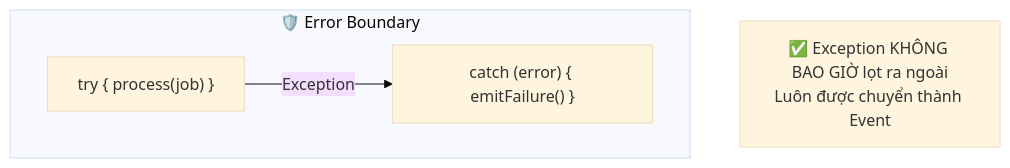
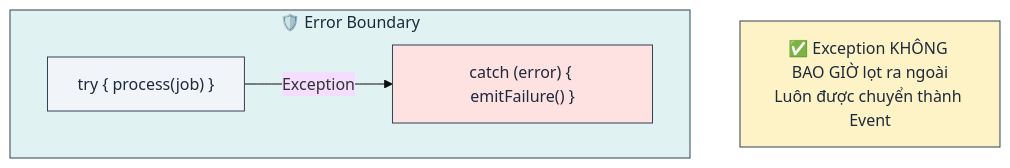
The sixth of 13 diagrams in book/vi/chapters/03_core_implementation.md (lploc94/flutter_orchestrator), drawn with Mermaid (base theme) before and after one commit. The commit also changed other lines of this file and 3 other files, not shown here.

````diff
--- a/book/vi/chapters/03_core_implementation.md
+++ b/book/vi/chapters/03_core_implementation.md
@@ -153,11 +168,16 @@
 ```mermaid
 graph TB
     subgraph ErrorBoundary["🛡️ Error Boundary"]
         Try["try { process(job) }"]
         Catch["catch (error) { emitFailure() }"]
     end
     
     Try -->|"Exception"| Catch
     
     Note["✅ Exception KHÔNG BAO GIỜ lọt ra ngoài<br/>Luôn được chuyển thành Event"]
+    
+    style ErrorBoundary fill:#e0f2f1,stroke:#334155,color:#1e293b
+    style Try fill:#f1f5f9,stroke:#334155,color:#1e293b
+    style Catch fill:#fee2e2,stroke:#334155,color:#1e293b
+    style Note fill:#fef3c7,stroke:#334155,color:#1e293b
 ```
````
